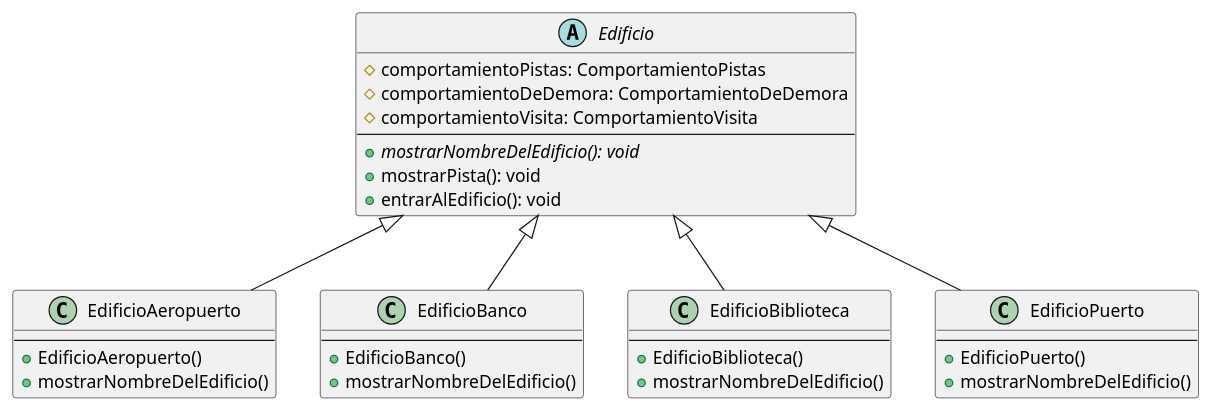
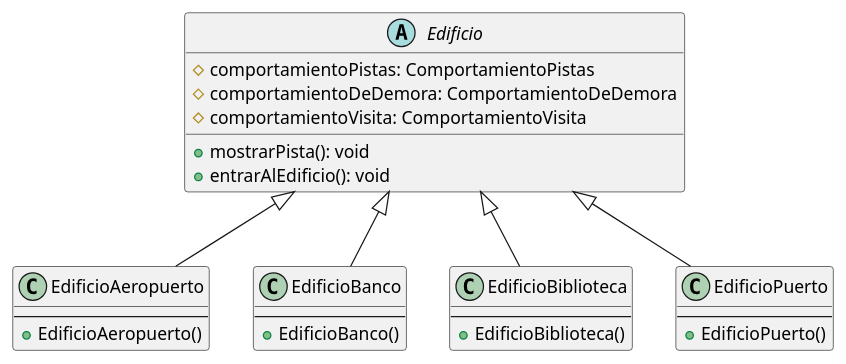
One commit to alexguttlein/TP2-CarmenSandiego changed the diagram in diagrams/classes/Entrega1/claseEdificio.puml. Above: the diagram before and after it, drawn with PlantUML. The commit also changed 35 other files, not shown here.

Commit message:
Se agregan diagramas de clase. Se modifica constructor de Tiempo. Se ajustan detalles en Ubicaciones

```diff
--- a/diagrams/classes/Entrega1/claseEdificio.puml
+++ b/diagrams/classes/Entrega1/claseEdificio.puml
@@ -1,43 +1,38 @@
 @startuml
 
 abstract class Edificio{
     #comportamientoPistas: ComportamientoPistas
     #comportamientoDeDemora: ComportamientoDeDemora
     #comportamientoVisita: ComportamientoVisita
-    --
-    +{abstract}mostrarNombreDelEdificio(): void
+
     +mostrarPista(): void
     +entrarAlEdificio(): void
 }
 
 class EdificioAeropuerto {
     --
     +EdificioAeropuerto()
-    +mostrarNombreDelEdificio()
 }
 
 class EdificioBanco {
     --
     +EdificioBanco()
-    +mostrarNombreDelEdificio()
 }
 
 class EdificioBiblioteca {
     --
     +EdificioBiblioteca()
-    +mostrarNombreDelEdificio()
 }
 
 class EdificioPuerto {
     --
     +EdificioPuerto()
-    +mostrarNombreDelEdificio()
 }
 
 Edificio <|-down- EdificioAeropuerto
 Edificio <|-down- EdificioBanco
 Edificio <|-down- EdificioBiblioteca
 Edificio <|-down- EdificioPuerto
 
 
 @enduml
```
